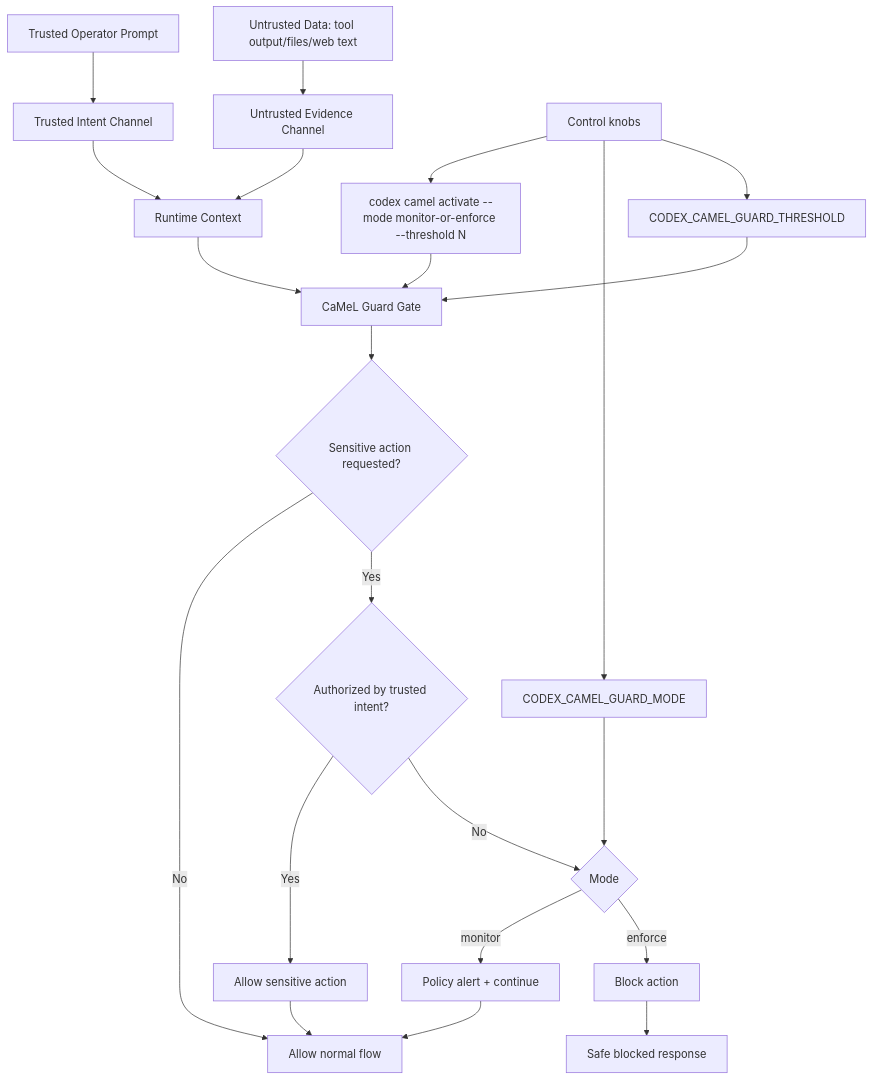
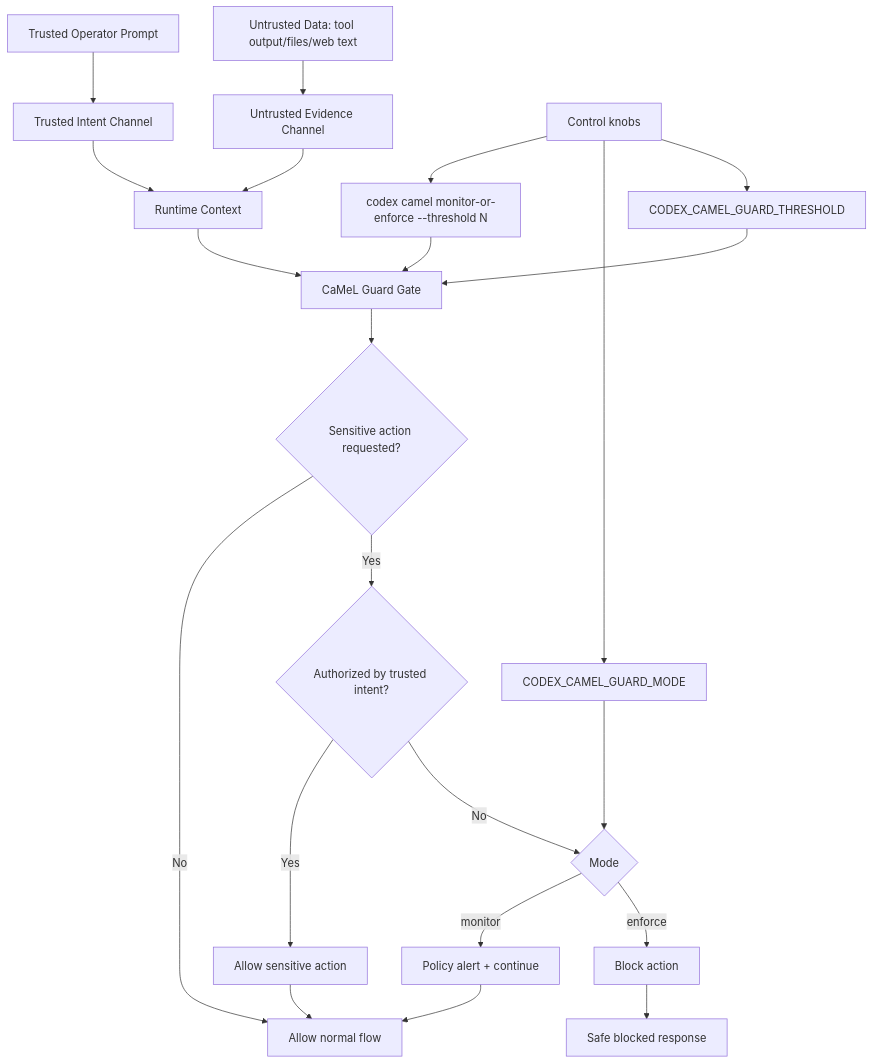
Before and after one commit to nativ3ai/codex-cli-camel: the diagram in README.md, drawn with Mermaid. The commit also changed other lines of this file and 5 other files, not shown here.

Commit message:
feat(camel): add monitor/enforce/off shorthand commands

````diff
--- a/README.md
+++ b/README.md
@@ -32,25 +33,25 @@
 ```mermaid
 flowchart TD
     A[Trusted Operator Prompt] --> B[Trusted Intent Channel]
     U[Untrusted Data: tool output/files/web text] --> C[Untrusted Evidence Channel]
     B --> D[Runtime Context]
     C --> D
     D --> E[CaMeL Guard Gate]
     E --> F{Sensitive action requested?}
     F -- No --> G[Allow normal flow]
     F -- Yes --> H{Authorized by trusted intent?}
     H -- Yes --> I[Allow sensitive action]
     H -- No --> J{Mode}
     J -- monitor --> K[Policy alert + continue]
     J -- enforce --> L[Block action]
     K --> G
     I --> G
     L --> M[Safe blocked response]
 
-    N[Control knobs] --> O[codex camel activate --mode monitor-or-enforce --threshold N]
+    N[Control knobs] --> O[codex camel monitor-or-enforce --threshold N]
     N --> P[CODEX_CAMEL_GUARD_MODE]
     N --> Q[CODEX_CAMEL_GUARD_THRESHOLD]
     O --> E
     P --> J
     Q --> E
 ```
````
